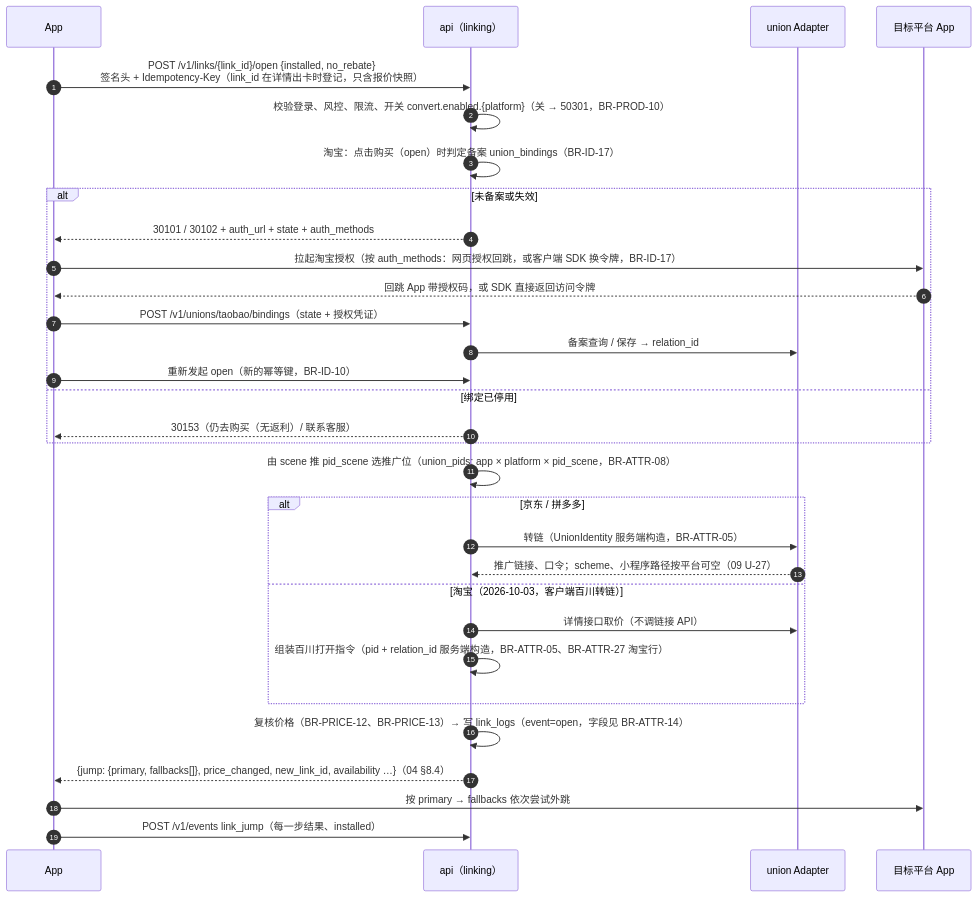
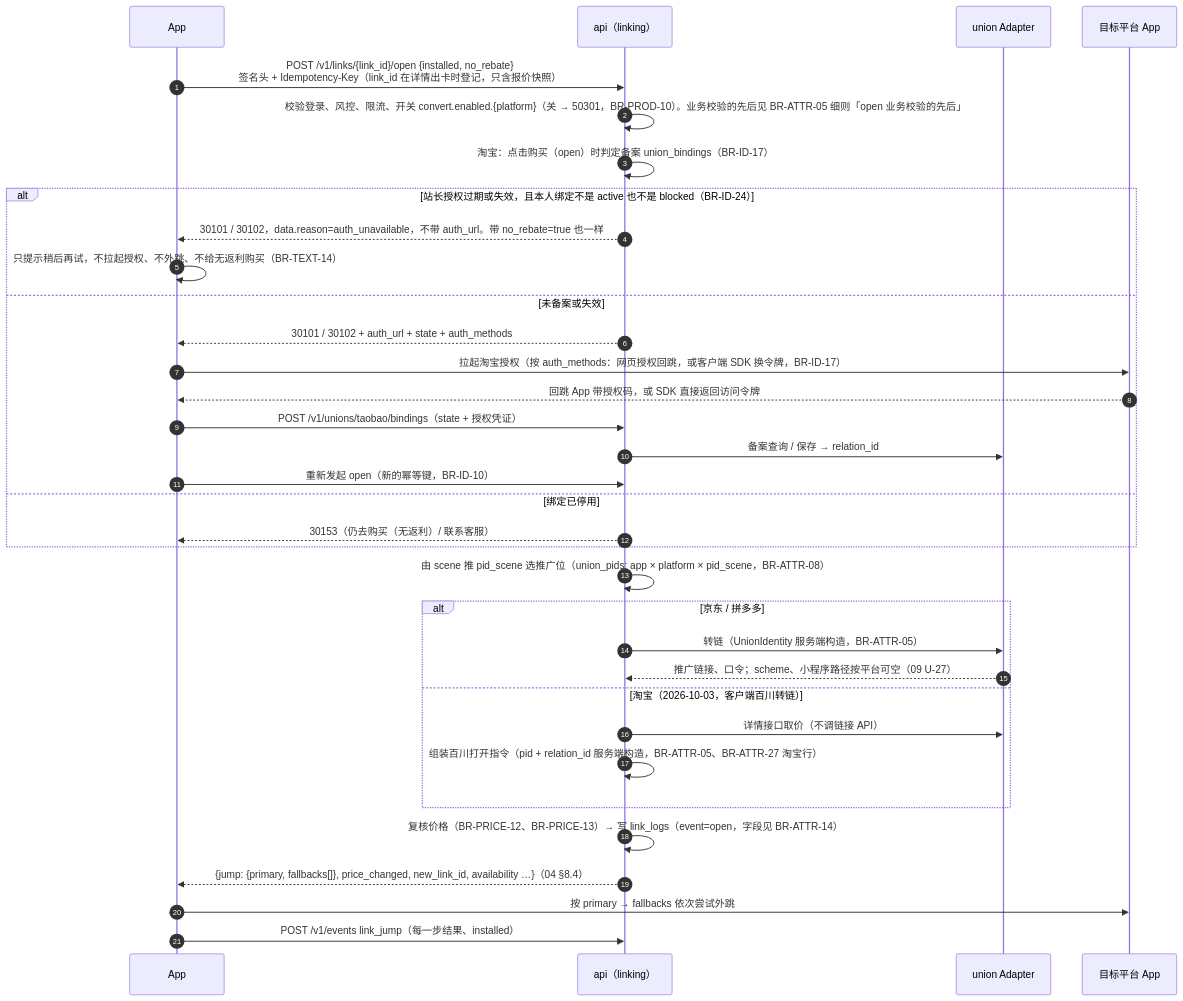
Before and after one commit to zora4523-bot/couli: the second of 5 diagrams in 规划/02_系统架构.md, drawn with Mermaid. The commit also changed other lines of this file and 17 other files, not shown here.

````diff
--- a/规划/02_系统架构.md
+++ b/规划/02_系统架构.md
@@ -269,33 +269,36 @@
 ```mermaid
 sequenceDiagram
   autonumber
   participant C as App
   participant A as api（linking）
   participant U as union Adapter
   participant P as 目标平台 App
   C->>A: POST /v1/links/{link_id}/open {installed, no_rebate}<br/>签名头 + Idempotency-Key（link_id 在详情出卡时登记，只含报价快照）
-  A->>A: 校验登录、风控、限流、开关 convert.enabled.{platform}（关 → 50301，BR-PROD-10）
+  A->>A: 校验登录、风控、限流、开关 convert.enabled.{platform}（关 → 50301，BR-PROD-10）。业务校验的先后见 BR-ATTR-05 细则「open 业务校验的先后」
   A->>A: 淘宝：点击购买（open）时判定备案 union_bindings（BR-ID-17）
-  alt 未备案或失效
+  alt 站长授权过期或失效，且本人绑定不是 active 也不是 blocked（BR-ID-24）
+    A-->>C: 30101 / 30102，data.reason=auth_unavailable，不带 auth_url。带 no_rebate=true 也一样
+    C->>C: 只提示稍后再试，不拉起授权、不外跳、不给无返利购买（BR-TEXT-14）
+  else 未备案或失效
     A-->>C: 30101 / 30102 + auth_url + state + auth_methods
     C->>P: 拉起淘宝授权（按 auth_methods：网页授权回跳，或客户端 SDK 换令牌，BR-ID-17）
     P-->>C: 回跳 App 带授权码，或 SDK 直接返回访问令牌
     C->>A: POST /v1/unions/taobao/bindings（state + 授权凭证）
     A->>U: 备案查询 / 保存 → relation_id
     C->>A: 重新发起 open（新的幂等键，BR-ID-10）
   else 绑定已停用
     A-->>C: 30153（仍去购买（无返利）/ 联系客服）
   end
   A->>A: 由 scene 推 pid_scene 选推广位（union_pids: app × platform × pid_scene，BR-ATTR-08）
   alt 京东 / 拼多多
     A->>U: 转链（UnionIdentity 服务端构造，BR-ATTR-05）
     U-->>A: 推广链接、口令；scheme、小程序路径按平台可空（09 U-27）
   else 淘宝（2026-10-03，客户端百川转链）
     A->>U: 详情接口取价（不调链接 API）
     A->>A: 组装百川打开指令（pid + relation_id 服务端构造，BR-ATTR-05、BR-ATTR-27 淘宝行）
   end
   A->>A: 复核价格（BR-PRICE-12、BR-PRICE-13）→ 写 link_logs（event=open，字段见 BR-ATTR-14）
   A-->>C: {jump: {primary, fallbacks[]}, price_changed, new_link_id, availability …}（04 §8.4）
   C->>P: 按 primary → fallbacks 依次尝试外跳
   C->>A: POST /v1/events link_jump（每一步结果、installed）
 ```
````
